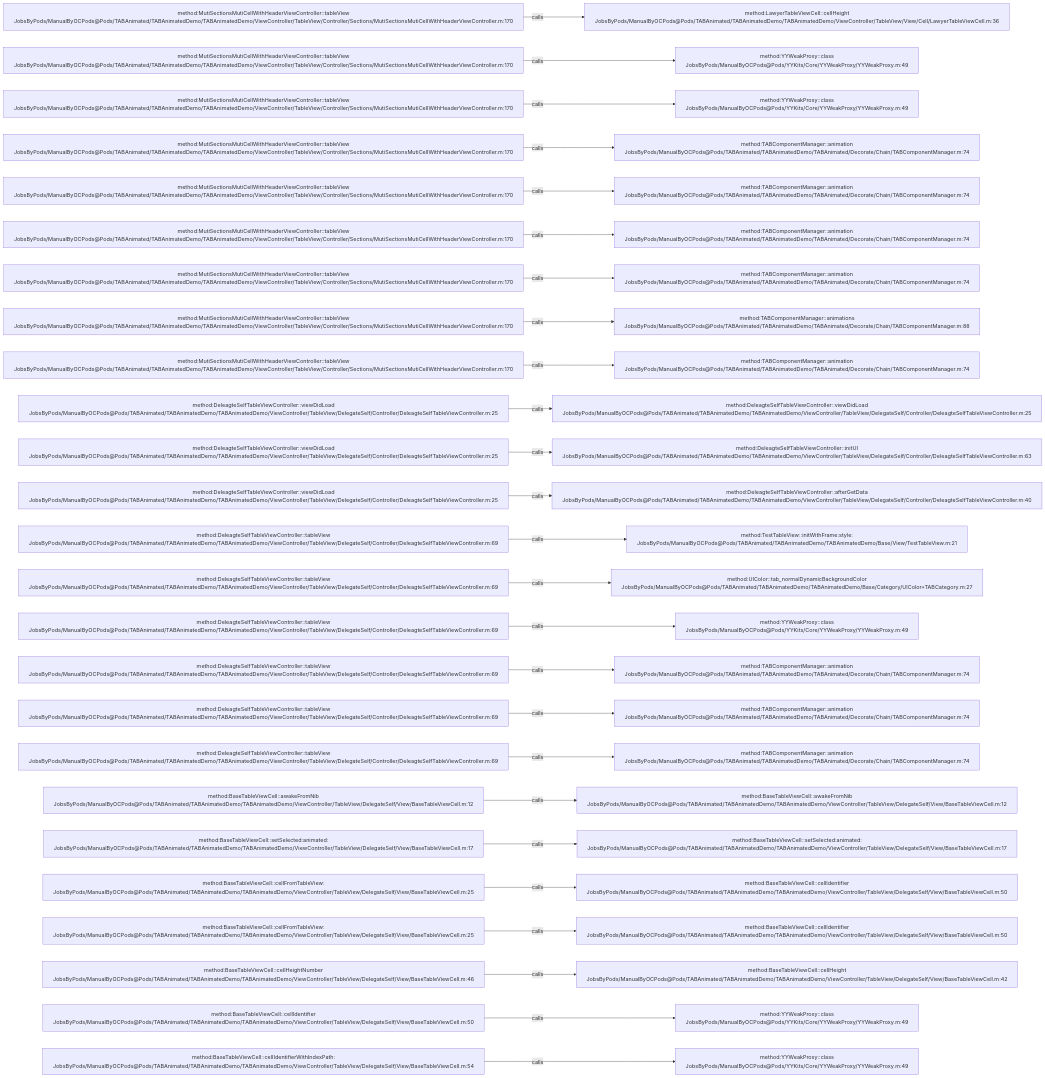
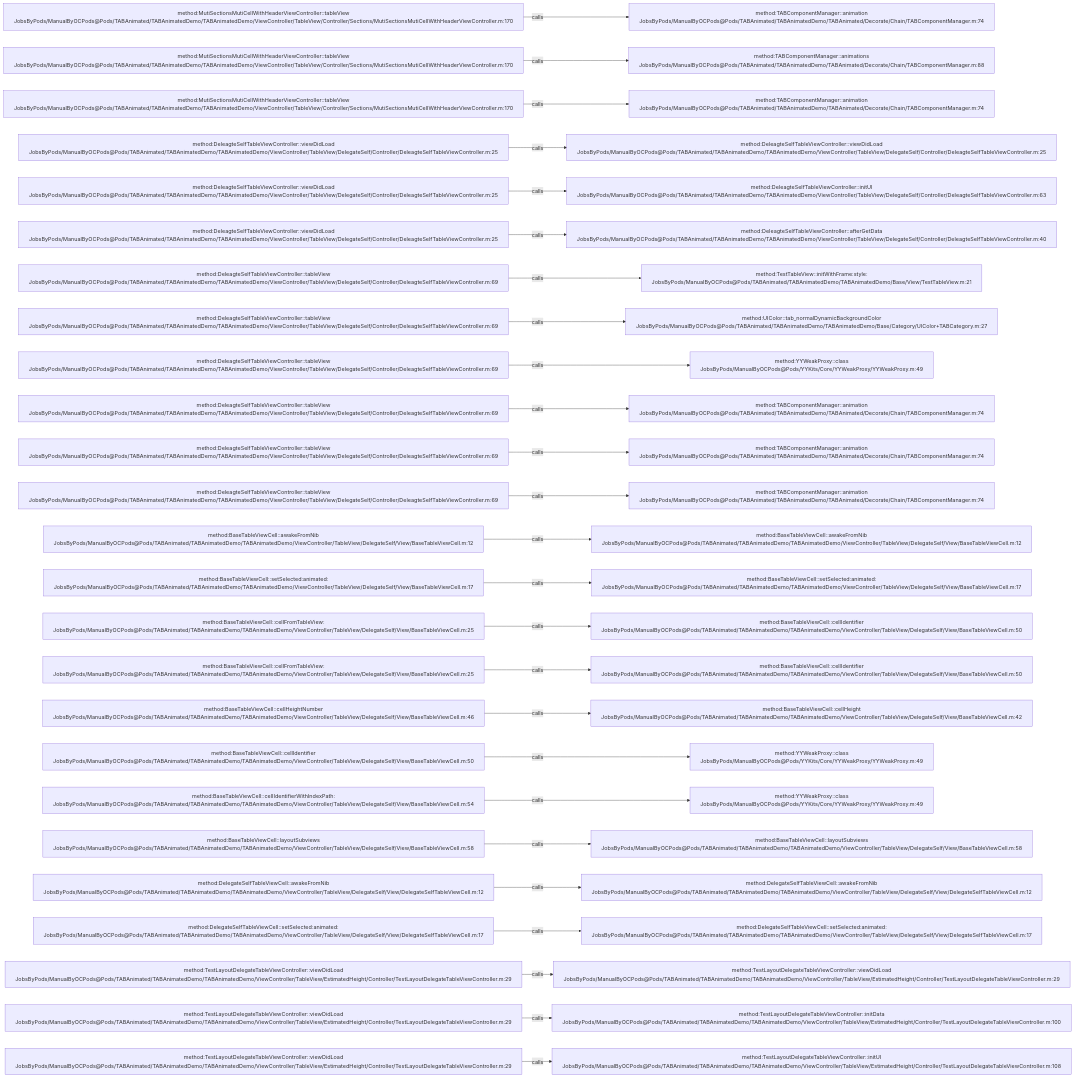
Before and after one commit to JobsKits/JobsOCBaseConfigDemo: the diagram in .codegraph/codegraph.md/graphs/calls-055.md, drawn with Mermaid. The commit also changed 666 other files, not shown here.

````diff
--- a/.codegraph/codegraph.md/graphs/calls-055.md
+++ b/.codegraph/codegraph.md/graphs/calls-055.md
@@ -13,78 +13,78 @@
 ```mermaid
 flowchart LR
   S1["method:MutiSectionsMutiCellWithHeaderViewController::tableView<br/>JobsByPods/ManualByOCPods@Pods/TABAnimated/TABAnimatedDemo/TABAnimatedDemo/ViewController/TableView/Controller/Sections/MutiSectionsMutiCellWithHeaderViewController.m:170"]
-  T1["method:LawyerTableViewCell::cellHeight<br/>JobsByPods/ManualByOCPods@Pods/TABAnimated/TABAnimatedDemo/TABAnimatedDemo/ViewController/TableView/View/Cell/LawyerTableViewCell.m:36"]
+  T1["method:TABComponentManager::animation<br/>JobsByPods/ManualByOCPods@Pods/TABAnimated/TABAnimatedDemo/TABAnimated/Decorate/Chain/TABComponentManager.m:74"]
   S1 -->|calls| T1
   S2["method:MutiSectionsMutiCellWithHeaderViewController::tableView<br/>JobsByPods/ManualByOCPods@Pods/TABAnimated/TABAnimatedDemo/TABAnimatedDemo/ViewController/TableView/Controller/Sections/MutiSectionsMutiCellWithHeaderViewController.m:170"]
-  T2["method:YYWeakProxy::class<br/>JobsByPods/ManualByOCPods@Pods/YYKits/Core/YYWeakProxy/YYWeakProxy.m:49"]
+  T2["method:TABComponentManager::animations<br/>JobsByPods/ManualByOCPods@Pods/TABAnimated/TABAnimatedDemo/TABAnimated/Decorate/Chain/TABComponentManager.m:88"]
   S2 -->|calls| T2
   S3["method:MutiSectionsMutiCellWithHeaderViewController::tableView<br/>JobsByPods/ManualByOCPods@Pods/TABAnimated/TABAnimatedDemo/TABAnimatedDemo/ViewController/TableView/Controller/Sections/MutiSectionsMutiCellWithHeaderViewController.m:170"]
-  T3["method:YYWeakProxy::class<br/>JobsByPods/ManualByOCPods@Pods/YYKits/Core/YYWeakProxy/YYWeakProxy.m:49"]
+  T3["method:TABComponentManager::animation<br/>JobsByPods/ManualByOCPods@Pods/TABAnimated/TABAnimatedDemo/TABAnimated/Decorate/Chain/TABComponentManager.m:74"]
   S3 -->|calls| T3
-  S4["method:MutiSectionsMutiCellWithHeaderViewController::tableView<br/>JobsByPods/ManualByOCPods@Pods/TABAnimated/TABAnimatedDemo/TABAnimatedDemo/ViewController/TableView/Controller/Sections/MutiSectionsMutiCellWithHeaderViewController.m:170"]
-  T4["method:TABComponentManager::animation<br/>JobsByPods/ManualByOCPods@Pods/TABAnimated/TABAnimatedDemo/TABAnimated/Decorate/Chain/TABComponentManager.m:74"]
+  S4["method:DeleagteSelfTableViewController::viewDidLoad<br/>JobsByPods/ManualByOCPods@Pods/TABAnimated/TABAnimatedDemo/TABAnimatedDemo/ViewController/TableView/DelegateSelf/Controller/DeleagteSelfTableViewController.m:25"]
+  T4["method:DeleagteSelfTableViewController::viewDidLoad<br/>JobsByPods/ManualByOCPods@Pods/TABAnimated/TABAnimatedDemo/TABAnimatedDemo/ViewController/TableView/DelegateSelf/Controller/DeleagteSelfTableViewController.m:25"]
   S4 -->|calls| T4
-  S5["method:MutiSectionsMutiCellWithHeaderViewController::tableView<br/>JobsByPods/ManualByOCPods@Pods/TABAnimated/TABAnimatedDemo/TABAnimatedDemo/ViewController/TableView/Controller/Sections/MutiSectionsMutiCellWithHeaderViewController.m:170"]
-  T5["method:TABComponentManager::animation<br/>JobsByPods/ManualByOCPods@Pods/TABAnimated/TABAnimatedDemo/TABAnimated/Decorate/Chain/TABComponentManager.m:74"]
+  S5["method:DeleagteSelfTableViewController::viewDidLoad<br/>JobsByPods/ManualByOCPods@Pods/TABAnimated/TABAnimatedDemo/TABAnimatedDemo/ViewController/TableView/DelegateSelf/Controller/DeleagteSelfTableViewController.m:25"]
+  T5["method:DeleagteSelfTableViewController::initUI<br/>JobsByPods/ManualByOCPods@Pods/TABAnimated/TABAnimatedDemo/TABAnimatedDemo/ViewController/TableView/DelegateSelf/Controller/DeleagteSelfTableViewController.m:63"]
   S5 -->|calls| T5
-  S6["method:MutiSectionsMutiCellWithHeaderViewController::tableView<br/>JobsByPods/ManualByOCPods@Pods/TABAnimated/TABAnimatedDemo/TABAnimatedDemo/ViewController/TableView/Controller/Sections/MutiSectionsMutiCellWithHeaderViewController.m:170"]
-  T6["method:TABComponentManager::animation<br/>JobsByPods/ManualByOCPods@Pods/TABAnimated/TABAnimatedDemo/TABAnimated/Decorate/Chain/TABComponentManager.m:74"]
+  S6["method:DeleagteSelfTableViewController::viewDidLoad<br/>JobsByPods/ManualByOCPods@Pods/TABAnimated/TABAnimatedDemo/TABAnimatedDemo/ViewController/TableView/DelegateSelf/Controller/DeleagteSelfTableViewController.m:25"]
+  T6["method:DeleagteSelfTableViewController::afterGetData<br/>JobsByPods/ManualByOCPods@Pods/TABAnimated/TABAnimatedDemo/TABAnimatedDemo/ViewController/TableView/DelegateSelf/Controller/DeleagteSelfTableViewController.m:40"]
   S6 -->|calls| T6
-  S7["method:MutiSectionsMutiCellWithHeaderViewController::tableView<br/>JobsByPods/ManualByOCPods@Pods/TABAnimated/TABAnimatedDemo/TABAnimatedDemo/ViewController/TableView/Controller/Sections/MutiSectionsMutiCellWithHeaderViewController.m:170"]
-  T7["method:TABComponentManager::animation<br/>JobsByPods/ManualByOCPods@Pods/TABAnimated/TABAnimatedDemo/TABAnimated/Decorate/Chain/TABComponentManager.m:74"]
+  S7["method:DeleagteSelfTableViewController::tableView<br/>JobsByPods/ManualByOCPods@Pods/TABAnimated/TABAnimatedDemo/TABAnimatedDemo/ViewController/TableView/DelegateSelf/Controller/DeleagteSelfTableViewController.m:69"]
+  T7["method:TestTableView::initWithFrame:style:<br/>JobsByPods/ManualByOCPods@Pods/TABAnimated/TABAnimatedDemo/TABAnimatedDemo/Base/View/TestTableView.m:21"]
   S7 -->|calls| T7
-  S8["method:MutiSectionsMutiCellWithHeaderViewController::tableView<br/>JobsByPods/ManualByOCPods@Pods/TABAnimated/TABAnimatedDemo/TABAnimatedDemo/ViewController/TableView/Controller/Sections/MutiSectionsMutiCellWithHeaderViewController.m:170"]
-  T8["method:TABComponentManager::animations<br/>JobsByPods/ManualByOCPods@Pods/TABAnimated/TABAnimatedDemo/TABAnimated/Decorate/Chain/TABComponentManager.m:88"]
+  S8["method:DeleagteSelfTableViewController::tableView<br/>JobsByPods/ManualByOCPods@Pods/TABAnimated/TABAnimatedDemo/TABAnimatedDemo/ViewController/TableView/DelegateSelf/Controller/DeleagteSelfTableViewController.m:69"]
+  T8["method:UIColor::tab_normalDynamicBackgroundColor<br/>JobsByPods/ManualByOCPods@Pods/TABAnimated/TABAnimatedDemo/TABAnimatedDemo/Base/Category/UIColor+TABCategory.m:27"]
   S8 -->|calls| T8
-  S9["method:MutiSectionsMutiCellWithHeaderViewController::tableView<br/>JobsByPods/ManualByOCPods@Pods/TABAnimated/TABAnimatedDemo/TABAnimatedDemo/ViewController/TableView/Controller/Sections/MutiSectionsMutiCellWithHeaderViewController.m:170"]
-  T9["method:TABComponentManager::animation<br/>JobsByPods/ManualByOCPods@Pods/TABAnimated/TABAnimatedDemo/TABAnimated/Decorate/Chain/TABComponentManager.m:74"]
+  S9["method:DeleagteSelfTableViewController::tableView<br/>JobsByPods/ManualByOCPods@Pods/TABAnimated/TABAnimatedDemo/TABAnimatedDemo/ViewController/TableView/DelegateSelf/Controller/DeleagteSelfTableViewController.m:69"]
+  T9["method:YYWeakProxy::class<br/>JobsByPods/ManualByOCPods@Pods/YYKits/Core/YYWeakProxy/YYWeakProxy.m:49"]
   S9 -->|calls| T9
-  S10["method:DeleagteSelfTableViewController::viewDidLoad<br/>JobsByPods/ManualByOCPods@Pods/TABAnimated/TABAnimatedDemo/TABAnimatedDemo/ViewController/TableView/DelegateSelf/Controller/DeleagteSelfTableViewController.m:25"]
-  T10["method:DeleagteSelfTableViewController::viewDidLoad<br/>JobsByPods/ManualByOCPods@Pods/TABAnimated/TABAnimatedDemo/TABAnimatedDemo/ViewController/TableView/DelegateSelf/Controller/DeleagteSelfTableViewController.m:25"]
+  S10["method:DeleagteSelfTableViewController::tableView<br/>JobsByPods/ManualByOCPods@Pods/TABAnimated/TABAnimatedDemo/TABAnimatedDemo/ViewController/TableView/DelegateSelf/Controller/DeleagteSelfTableViewController.m:69"]
+  T10["method:TABComponentManager::animation<br/>JobsByPods/ManualByOCPods@Pods/TABAnimated/TABAnimatedDemo/TABAnimated/Decorate/Chain/TABComponentManager.m:74"]
   S10 -->|calls| T10
-  S11["method:DeleagteSelfTableViewController::viewDidLoad<br/>JobsByPods/ManualByOCPods@Pods/TABAnimated/TABAnimatedDemo/TABAnimatedDemo/ViewController/TableView/DelegateSelf/Controller/DeleagteSelfTableViewController.m:25"]
-  T11["method:DeleagteSelfTableViewController::initUI<br/>JobsByPods/ManualByOCPods@Pods/TABAnimated/TABAnimatedDemo/TABAnimatedDemo/ViewController/TableView/DelegateSelf/Controller/DeleagteSelfTableViewController.m:63"]
+  S11["method:DeleagteSelfTableViewController::tableView<br/>JobsByPods/ManualByOCPods@Pods/TABAnimated/TABAnimatedDemo/TABAnimatedDemo/ViewController/TableView/DelegateSelf/Controller/DeleagteSelfTableViewController.m:69"]
+  T11["method:TABComponentManager::animation<br/>JobsByPods/ManualByOCPods@Pods/TABAnimated/TABAnimatedDemo/TABAnimated/Decorate/Chain/TABComponentManager.m:74"]
   S11 -->|calls| T11
-  S12["method:DeleagteSelfTableViewController::viewDidLoad<br/>JobsByPods/ManualByOCPods@Pods/TABAnimated/TABAnimatedDemo/TABAnimatedDemo/ViewController/TableView/DelegateSelf/Controller/DeleagteSelfTableViewController.m:25"]
-  T12["method:DeleagteSelfTableViewController::afterGetData<br/>JobsByPods/ManualByOCPods@Pods/TABAnimated/TABAnimatedDemo/TABAnimatedDemo/ViewController/TableView/DelegateSelf/Controller/DeleagteSelfTableViewController.m:40"]
+  S12["method:DeleagteSelfTableViewController::tableView<br/>JobsByPods/ManualByOCPods@Pods/TABAnimated/TABAnimatedDemo/TABAnimatedDemo/ViewController/TableView/DelegateSelf/Controller/DeleagteSelfTableViewController.m:69"]
+  T12["method:TABComponentManager::animation<br/>JobsByPods/ManualByOCPods@Pods/TABAnimated/TABAnimatedDemo/TABAnimated/Decorate/Chain/TABComponentManager.m:74"]
   S12 -->|calls| T12
-  S13["method:DeleagteSelfTableViewController::tableView<br/>JobsByPods/ManualByOCPods@Pods/TABAnimated/TABAnimatedDemo/TABAnimatedDemo/ViewController/TableView/DelegateSelf/Controller/DeleagteSelfTableViewController.m:69"]
-  T13["method:TestTableView::initWithFrame:style:<br/>JobsByPods/ManualByOCPods@Pods/TABAnimated/TABAnimatedDemo/TABAnimatedDemo/Base/View/TestTableView.m:21"]
+  S13["method:BaseTableViewCell::awakeFromNib<br/>JobsByPods/ManualByOCPods@Pods/TABAnimated/TABAnimatedDemo/TABAnimatedDemo/ViewController/TableView/DelegateSelf/View/BaseTableViewCell.m:12"]
+  T13["method:BaseTableViewCell::awakeFromNib<br/>JobsByPods/ManualByOCPods@Pods/TABAnimated/TABAnimatedDemo/TABAnimatedDemo/ViewController/TableView/DelegateSelf/View/BaseTableViewCell.m:12"]
   S13 -->|calls| T13
-  S14["method:DeleagteSelfTableViewController::tableView<br/>JobsByPods/ManualByOCPods@Pods/TABAnimated/TABAnimatedDemo/TABAnimatedDemo/ViewController/TableView/DelegateSelf/Controller/DeleagteSelfTableViewController.m:69"]
-  T14["method:UIColor::tab_normalDynamicBackgroundColor<br/>JobsByPods/ManualByOCPods@Pods/TABAnimated/TABAnimatedDemo/TABAnimatedDemo/Base/Category/UIColor+TABCategory.m:27"]
+  S14["method:BaseTableViewCell::setSelected:animated:<br/>JobsByPods/ManualByOCPods@Pods/TABAnimated/TABAnimatedDemo/TABAnimatedDemo/ViewController/TableView/DelegateSelf/View/BaseTableViewCell.m:17"]
+  T14["method:BaseTableViewCell::setSelected:animated:<br/>JobsByPods/ManualByOCPods@Pods/TABAnimated/TABAnimatedDemo/TABAnimatedDemo/ViewController/TableView/DelegateSelf/View/BaseTableViewCell.m:17"]
   S14 -->|calls| T14
-  S15["method:DeleagteSelfTableViewController::tableView<br/>JobsByPods/ManualByOCPods@Pods/TABAnimated/TABAnimatedDemo/TABAnimatedDemo/ViewController/TableView/DelegateSelf/Controller/DeleagteSelfTableViewController.m:69"]
-  T15["method:YYWeakProxy::class<br/>JobsByPods/ManualByOCPods@Pods/YYKits/Core/YYWeakProxy/YYWeakProxy.m:49"]
+  S15["method:BaseTableViewCell::cellFromTableView:<br/>JobsByPods/ManualByOCPods@Pods/TABAnimated/TABAnimatedDemo/TABAnimatedDemo/ViewController/TableView/DelegateSelf/View/BaseTableViewCell.m:25"]
+  T15["method:BaseTableViewCell::cellIdentifier<br/>JobsByPods/ManualByOCPods@Pods/TABAnimated/TABAnimatedDemo/TABAnimatedDemo/ViewController/TableView/DelegateSelf/View/BaseTableViewCell.m:50"]
   S15 -->|calls| T15
-  S16["method:DeleagteSelfTableViewController::tableView<br/>JobsByPods/ManualByOCPods@Pods/TABAnimated/TABAnimatedDemo/TABAnimatedDemo/ViewController/TableView/DelegateSelf/Controller/DeleagteSelfTableViewController.m:69"]
-  T16["method:TABComponentManager::animation<br/>JobsByPods/ManualByOCPods@Pods/TABAnimated/TABAnimatedDemo/TABAnimated/Decorate/Chain/TABComponentManager.m:74"]
+  S16["method:BaseTableViewCell::cellFromTableView:<br/>JobsByPods/ManualByOCPods@Pods/TABAnimated/TABAnimatedDemo/TABAnimatedDemo/ViewController/TableView/DelegateSelf/View/BaseTableViewCell.m:25"]
+  T16["method:BaseTableViewCell::cellIdentifier<br/>JobsByPods/ManualByOCPods@Pods/TABAnimated/TABAnimatedDemo/TABAnimatedDemo/ViewController/TableView/DelegateSelf/View/BaseTableViewCell.m:50"]
   S16 -->|calls| T16
-  S17["method:DeleagteSelfTableViewController::tableView<br/>JobsByPods/ManualByOCPods@Pods/TABAnimated/TABAnimatedDemo/TABAnimatedDemo/ViewController/TableView/DelegateSelf/Controller/DeleagteSelfTableViewController.m:69"]
-  T17["method:TABComponentManager::animation<br/>JobsByPods/ManualByOCPods@Pods/TABAnimated/TABAnimatedDemo/TABAnimated/Decorate/Chain/TABComponentManager.m:74"]
+  S17["method:BaseTableViewCell::cellHeightNumber<br/>JobsByPods/ManualByOCPods@Pods/TABAnimated/TABAnimatedDemo/TABAnimatedDemo/ViewController/TableView/DelegateSelf/View/BaseTableViewCell.m:46"]
+  T17["method:BaseTableViewCell::cellHeight<br/>JobsByPods/ManualByOCPods@Pods/TABAnimated/TABAnimatedDemo/TABAnimatedDemo/ViewController/TableView/DelegateSelf/View/BaseTableViewCell.m:42"]
   S17 -->|calls| T17
-  S18["method:DeleagteSelfTableViewController::tableView<br/>JobsByPods/ManualByOCPods@Pods/TABAnimated/TABAnimatedDemo/TABAnimatedDemo/ViewController/TableView/DelegateSelf/Controller/DeleagteSelfTableViewController.m:69"]
-  T18["method:TABComponentManager::animation<br/>JobsByPods/ManualByOCPods@Pods/TABAnimated/TABAnimatedDemo/TABAnimated/Decorate/Chain/TABComponentManager.m:74"]
+  S18["method:BaseTableViewCell::cellIdentifier<br/>JobsByPods/ManualByOCPods@Pods/TABAnimated/TABAnimatedDemo/TABAnimatedDemo/ViewController/TableView/DelegateSelf/View/BaseTableViewCell.m:50"]
+  T18["method:YYWeakProxy::class<br/>JobsByPods/ManualByOCPods@Pods/YYKits/Core/YYWeakProxy/YYWeakProxy.m:49"]
   S18 -->|calls| T18
-  S19["method:BaseTableViewCell::awakeFromNib<br/>JobsByPods/ManualByOCPods@Pods/TABAnimated/TABAnimatedDemo/TABAnimatedDemo/ViewController/TableView/DelegateSelf/View/BaseTableViewCell.m:12"]
-  T19["method:BaseTableViewCell::awakeFromNib<br/>JobsByPods/ManualByOCPods@Pods/TABAnimated/TABAnimatedDemo/TABAnimatedDemo/ViewController/TableView/DelegateSelf/View/BaseTableViewCell.m:12"]
+  S19["method:BaseTableViewCell::cellIdentifierWithIndexPath:<br/>JobsByPods/ManualByOCPods@Pods/TABAnimated/TABAnimatedDemo/TABAnimatedDemo/ViewController/TableView/DelegateSelf/View/BaseTableViewCell.m:54"]
+  T19["method:YYWeakProxy::class<br/>JobsByPods/ManualByOCPods@Pods/YYKits/Core/YYWeakProxy/YYWeakProxy.m:49"]
   S19 -->|calls| T19
-  S20["method:BaseTableViewCell::setSelected:animated:<br/>JobsByPods/ManualByOCPods@Pods/TABAnimated/TABAnimatedDemo/TABAnimatedDemo/ViewController/TableView/DelegateSelf/View/BaseTableViewCell.m:17"]
-  T20["method:BaseTableViewCell::setSelected:animated:<br/>JobsByPods/ManualByOCPods@Pods/TABAnimated/TABAnimatedDemo/TABAnimatedDemo/ViewController/TableView/DelegateSelf/View/BaseTableViewCell.m:17"]
+  S20["method:BaseTableViewCell::layoutSubviews<br/>JobsByPods/ManualByOCPods@Pods/TABAnimated/TABAnimatedDemo/TABAnimatedDemo/ViewController/TableView/DelegateSelf/View/BaseTableViewCell.m:58"]
+  T20["method:BaseTableViewCell::layoutSubviews<br/>JobsByPods/ManualByOCPods@Pods/TABAnimated/TABAnimatedDemo/TABAnimatedDemo/ViewController/TableView/DelegateSelf/View/BaseTableViewCell.m:58"]
   S20 -->|calls| T20
-  S21["method:BaseTableViewCell::cellFromTableView:<br/>JobsByPods/ManualByOCPods@Pods/TABAnimated/TABAnimatedDemo/TABAnimatedDemo/ViewController/TableView/DelegateSelf/View/BaseTableViewCell.m:25"]
-  T21["method:BaseTableViewCell::cellIdentifier<br/>JobsByPods/ManualByOCPods@Pods/TABAnimated/TABAnimatedDemo/TABAnimatedDemo/ViewController/TableView/DelegateSelf/View/BaseTableViewCell.m:50"]
+  S21["method:DelegateSelfTableViewCell::awakeFromNib<br/>JobsByPods/ManualByOCPods@Pods/TABAnimated/TABAnimatedDemo/TABAnimatedDemo/ViewController/TableView/DelegateSelf/View/DelegateSelfTableViewCell.m:12"]
+  T21["method:DelegateSelfTableViewCell::awakeFromNib<br/>JobsByPods/ManualByOCPods@Pods/TABAnimated/TABAnimatedDemo/TABAnimatedDemo/ViewController/TableView/DelegateSelf/View/DelegateSelfTableViewCell.m:12"]
   S21 -->|calls| T21
-  S22["method:BaseTableViewCell::cellFromTableView:<br/>JobsByPods/ManualByOCPods@Pods/TABAnimated/TABAnimatedDemo/TABAnimatedDemo/ViewController/TableView/DelegateSelf/View/BaseTableViewCell.m:25"]
-  T22["method:BaseTableViewCell::cellIdentifier<br/>JobsByPods/ManualByOCPods@Pods/TABAnimated/TABAnimatedDemo/TABAnimatedDemo/ViewController/TableView/DelegateSelf/View/BaseTableViewCell.m:50"]
+  S22["method:DelegateSelfTableViewCell::setSelected:animated:<br/>JobsByPods/ManualByOCPods@Pods/TABAnimated/TABAnimatedDemo/TABAnimatedDemo/ViewController/TableView/DelegateSelf/View/DelegateSelfTableViewCell.m:17"]
+  T22["method:DelegateSelfTableViewCell::setSelected:animated:<br/>JobsByPods/ManualByOCPods@Pods/TABAnimated/TABAnimatedDemo/TABAnimatedDemo/ViewController/TableView/DelegateSelf/View/DelegateSelfTableViewCell.m:17"]
   S22 -->|calls| T22
-  S23["method:BaseTableViewCell::cellHeightNumber<br/>JobsByPods/ManualByOCPods@Pods/TABAnimated/TABAnimatedDemo/TABAnimatedDemo/ViewController/TableView/DelegateSelf/View/BaseTableViewCell.m:46"]
-  T23["method:BaseTableViewCell::cellHeight<br/>JobsByPods/ManualByOCPods@Pods/TABAnimated/TABAnimatedDemo/TABAnimatedDemo/ViewController/TableView/DelegateSelf/View/BaseTableViewCell.m:42"]
+  S23["method:TestLayoutDelegateTableViewController::viewDidLoad<br/>JobsByPods/ManualByOCPods@Pods/TABAnimated/TABAnimatedDemo/TABAnimatedDemo/ViewController/TableView/EstimatedHeight/Controller/TestLayoutDelegateTableViewController.m:29"]
+  T23["method:TestLayoutDelegateTableViewController::viewDidLoad<br/>JobsByPods/ManualByOCPods@Pods/TABAnimated/TABAnimatedDemo/TABAnimatedDemo/ViewController/TableView/EstimatedHeight/Controller/TestLayoutDelegateTableViewController.m:29"]
   S23 -->|calls| T23
-  S24["method:BaseTableViewCell::cellIdentifier<br/>JobsByPods/ManualByOCPods@Pods/TABAnimated/TABAnimatedDemo/TABAnimatedDemo/ViewController/TableView/DelegateSelf/View/BaseTableViewCell.m:50"]
-  T24["method:YYWeakProxy::class<br/>JobsByPods/ManualByOCPods@Pods/YYKits/Core/YYWeakProxy/YYWeakProxy.m:49"]
+  S24["method:TestLayoutDelegateTableViewController::viewDidLoad<br/>JobsByPods/ManualByOCPods@Pods/TABAnimated/TABAnimatedDemo/TABAnimatedDemo/ViewController/TableView/EstimatedHeight/Controller/TestLayoutDelegateTableViewController.m:29"]
+  T24["method:TestLayoutDelegateTableViewController::initData<br/>JobsByPods/ManualByOCPods@Pods/TABAnimated/TABAnimatedDemo/TABAnimatedDemo/ViewController/TableView/EstimatedHeight/Controller/TestLayoutDelegateTableViewController.m:100"]
   S24 -->|calls| T24
-  S25["method:BaseTableViewCell::cellIdentifierWithIndexPath:<br/>JobsByPods/ManualByOCPods@Pods/TABAnimated/TABAnimatedDemo/TABAnimatedDemo/ViewController/TableView/DelegateSelf/View/BaseTableViewCell.m:54"]
-  T25["method:YYWeakProxy::class<br/>JobsByPods/ManualByOCPods@Pods/YYKits/Core/YYWeakProxy/YYWeakProxy.m:49"]
+  S25["method:TestLayoutDelegateTableViewController::viewDidLoad<br/>JobsByPods/ManualByOCPods@Pods/TABAnimated/TABAnimatedDemo/TABAnimatedDemo/ViewController/TableView/EstimatedHeight/Controller/TestLayoutDelegateTableViewController.m:29"]
+  T25["method:TestLayoutDelegateTableViewController::initUI<br/>JobsByPods/ManualByOCPods@Pods/TABAnimated/TABAnimatedDemo/TABAnimatedDemo/ViewController/TableView/EstimatedHeight/Controller/TestLayoutDelegateTableViewController.m:108"]
   S25 -->|calls| T25
 ```
````
